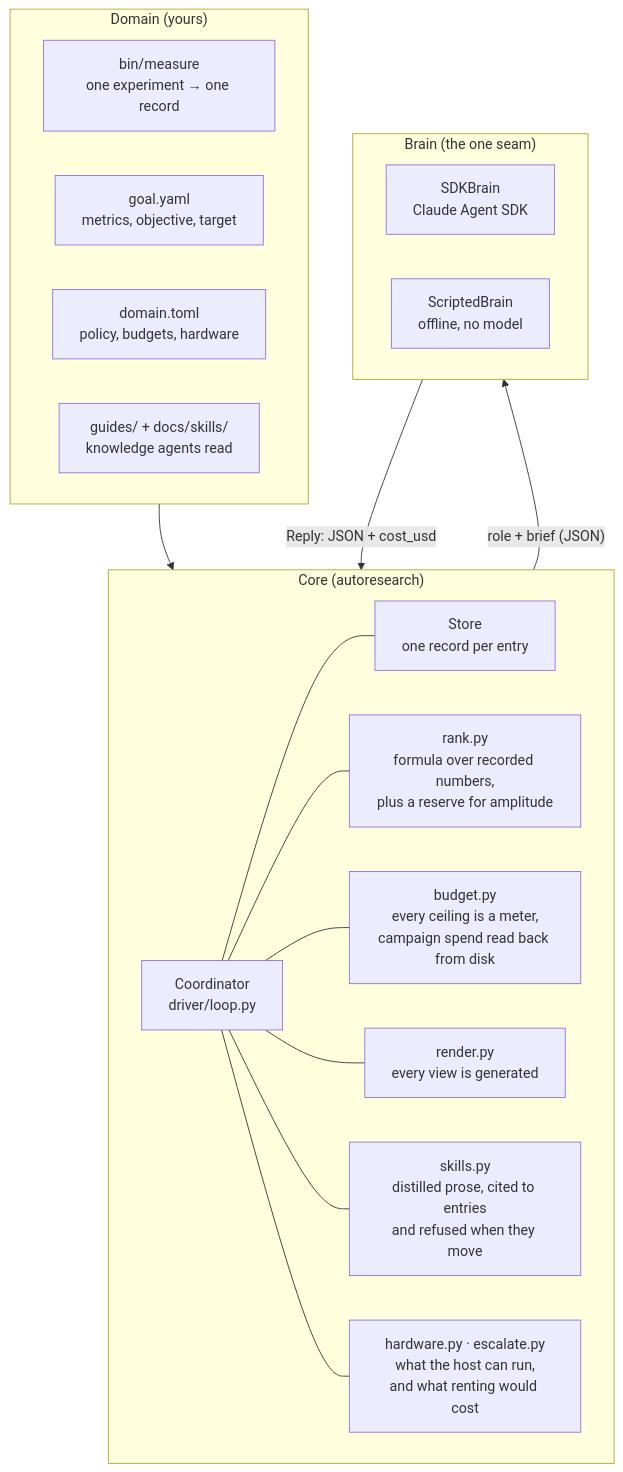
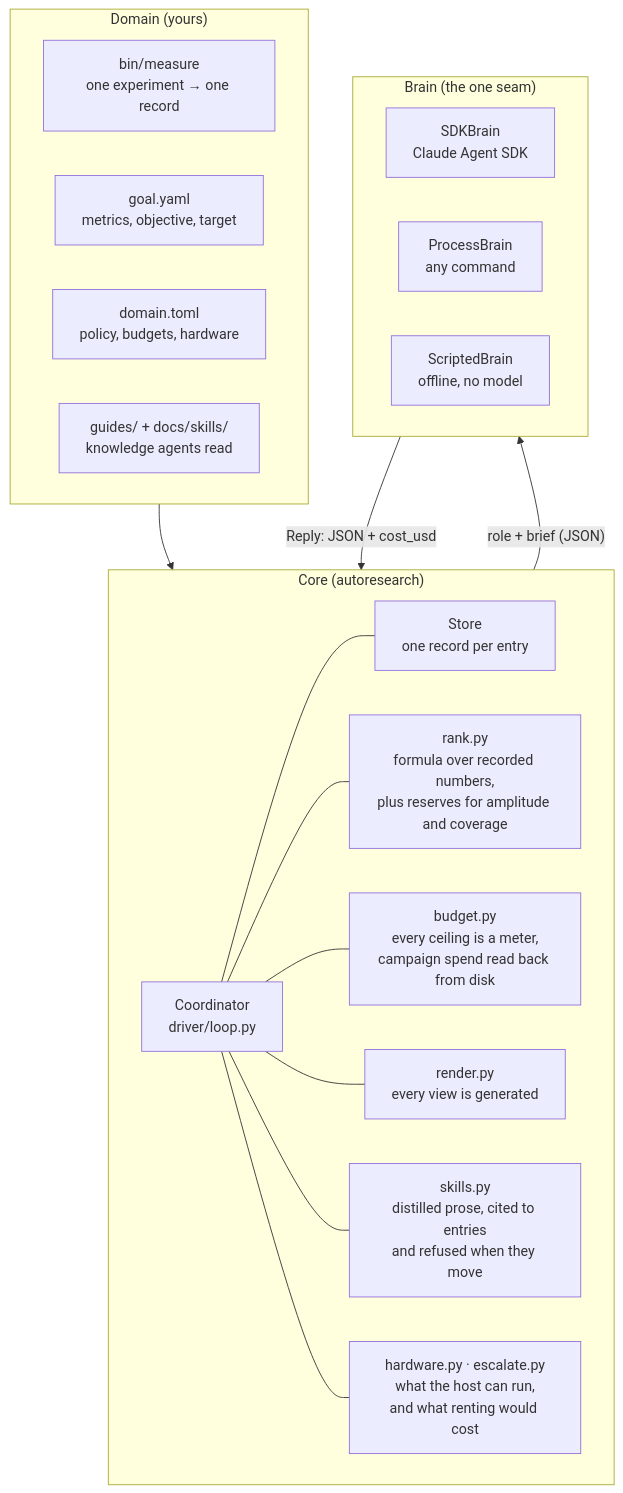
Before and after one commit to Ryun1/auto-research-toolkit: the first of 6 diagrams in docs/ARCHITECTURE.md, drawn with Mermaid. The commit also changed other lines of this file and 2 other files, not shown here.

First line of the commit message:
Docs: align counts, brain diagram, and CLI examples with the code

````diff
--- a/docs/ARCHITECTURE.md
+++ b/docs/ARCHITECTURE.md
@@ -18,37 +18,38 @@
 ```mermaid
 flowchart TB
     subgraph domain["Domain (yours)"]
         direction LR
         measure["bin/measure<br/>one experiment → one record"]
         goal["goal.yaml<br/>metrics, objective, target"]
         policy["domain.toml<br/>policy, budgets, hardware"]
         guides["guides/ + docs/skills/<br/>knowledge agents read"]
     end
 
     subgraph core["Core (autoresearch)"]
         direction LR
         coord["Coordinator<br/>driver/loop.py"]
         store["Store<br/>one record per entry"]
-        rank["rank.py<br/>formula over recorded numbers,<br/>plus a reserve for amplitude"]
+        rank["rank.py<br/>formula over recorded numbers,<br/>plus reserves for amplitude and coverage"]
         budget["budget.py<br/>every ceiling is a meter,<br/>campaign spend read back from disk"]
         render["render.py<br/>every view is generated"]
         skills["skills.py<br/>distilled prose, cited to entries<br/>and refused when they move"]
         hw["hardware.py · escalate.py<br/>what the host can run,<br/>and what renting would cost"]
     end
 
     subgraph brainlayer["Brain (the one seam)"]
         direction LR
         sdk["SDKBrain<br/>Claude Agent SDK"]
+        process["ProcessBrain<br/>any command"]
         scripted["ScriptedBrain<br/>offline, no model"]
     end
 
     domain --> core
     core -->|"role + brief (JSON)"| brainlayer
     brainlayer -->|"Reply: JSON + cost_usd"| core
     coord --- store
     coord --- rank
     coord --- budget
     coord --- render
     coord --- skills
     coord --- hw
 ```
````
